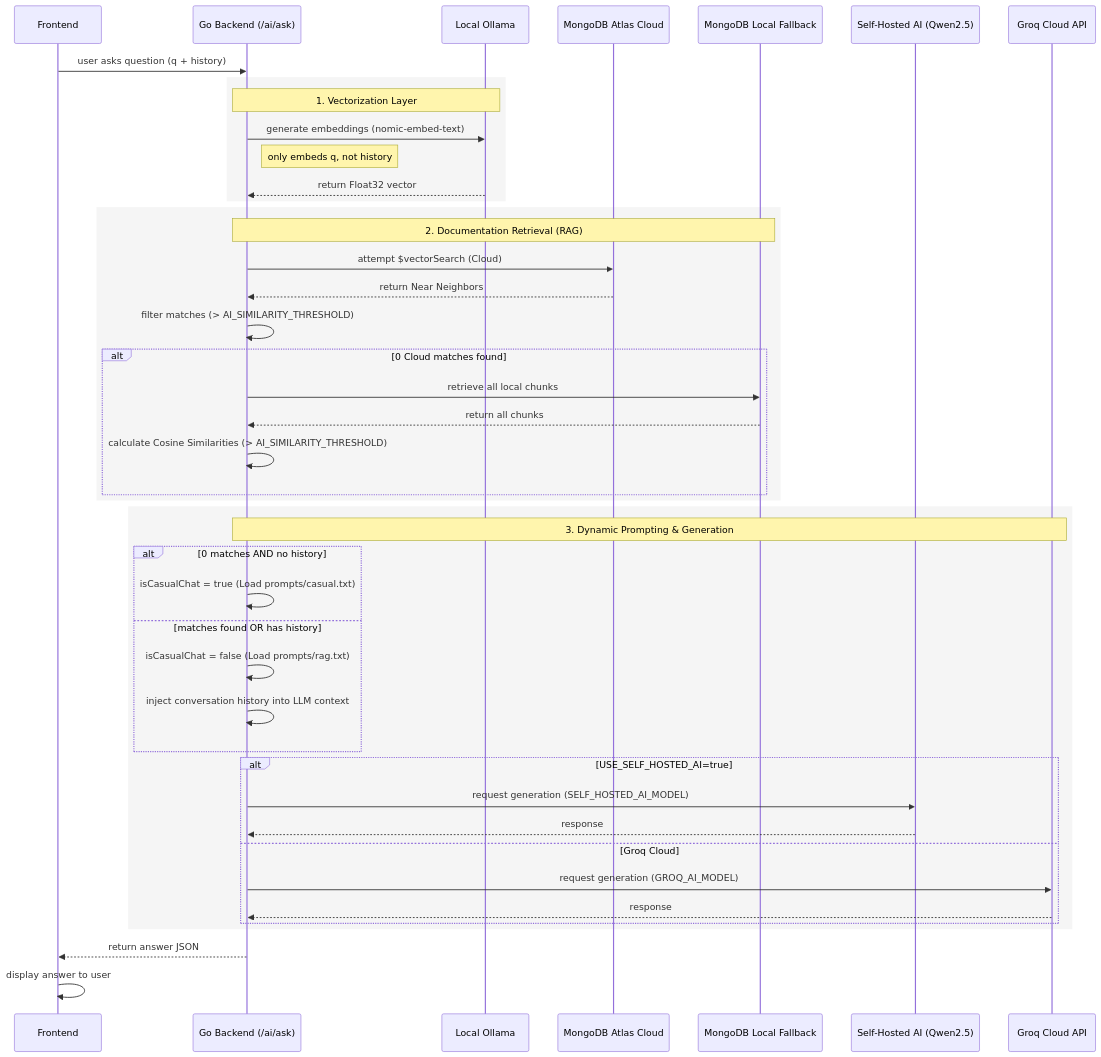
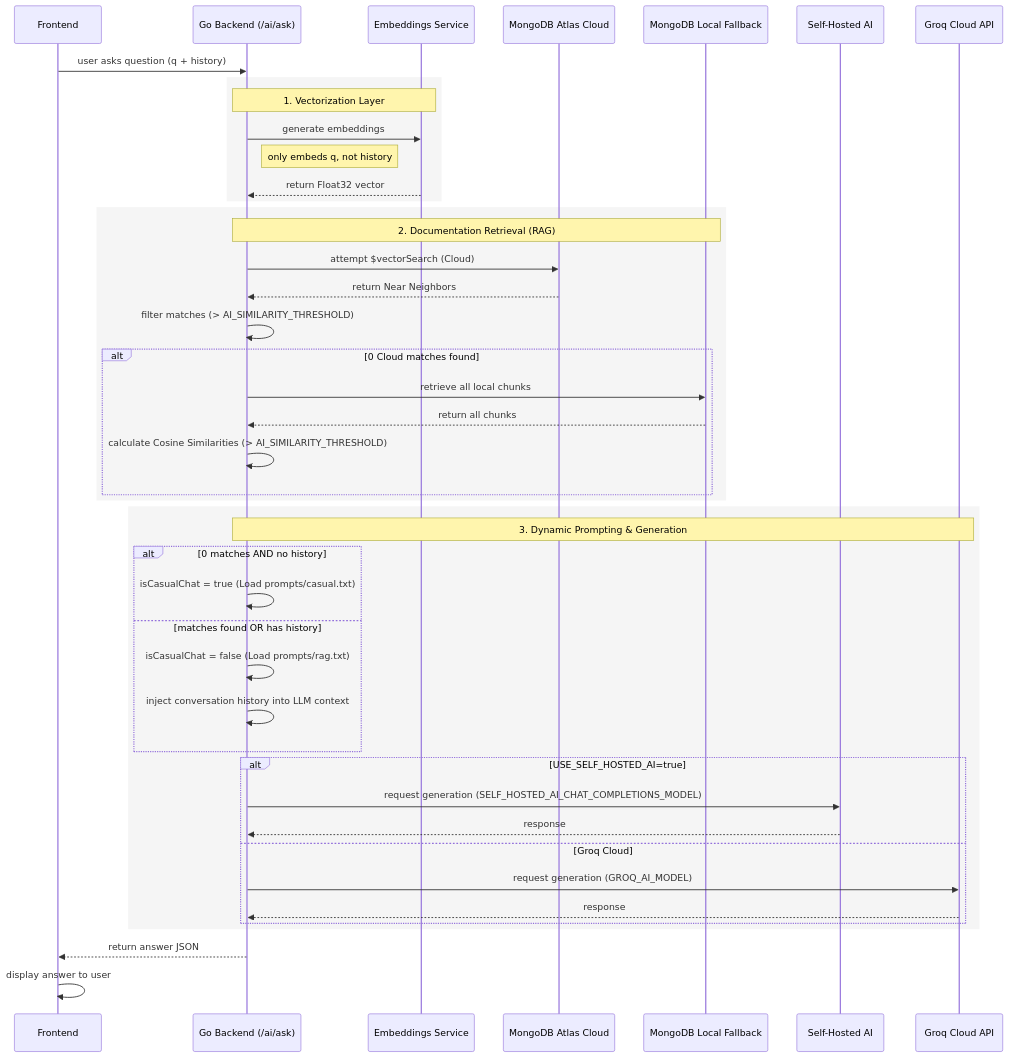
Before and after one commit to christinazhangstudio/sealift: the diagram in README.md, drawn with Mermaid. The commit also changed other lines of this file and 5 other files, not shown here.

````diff
--- a/README.md
+++ b/README.md
@@ -107,54 +104,54 @@
 ```mermaid
 sequenceDiagram
     participant Frontend as Frontend
     participant Backend as Go Backend (/ai/ask)
-    participant Ollama as Local Ollama
+    participant Embeddings as Embeddings Service
     participant Atlas as MongoDB Atlas Cloud
     participant LocalDB as MongoDB Local Fallback
-    participant SelfHosted as Self-Hosted AI (Qwen2.5)
+    participant SelfHosted as Self-Hosted AI
     participant Groq as Groq Cloud API
 
     Frontend->>Backend: user asks question (q + history)
     
     rect rgba(128,128,128,0.08)
-        Note over Backend,Ollama: 1. Vectorization Layer
-        Backend->>Ollama: generate embeddings (nomic-embed-text)
+        Note over Backend,Embeddings: 1. Vectorization Layer
+        Backend->>Embeddings: generate embeddings
         Note right of Backend: only embeds q, not history
-        Ollama-->>Backend: return Float32 vector
+        Embeddings-->>Backend: return Float32 vector
     end
 
     rect rgba(128,128,128,0.08)
         Note over Backend,LocalDB: 2. Documentation Retrieval (RAG)
         Backend->>Atlas: attempt $vectorSearch (Cloud)
         Atlas-->>Backend: return Near Neighbors
         Backend->>Backend: filter matches (> AI_SIMILARITY_THRESHOLD)
         
         alt 0 Cloud matches found
             Backend->>LocalDB: retrieve all local chunks
             LocalDB-->>Backend: return all chunks
             Backend->>Backend: calculate Cosine Similarities (> AI_SIMILARITY_THRESHOLD)
         end
     end
 
     rect rgba(128,128,128,0.08)
         Note over Backend,Groq: 3. Dynamic Prompting & Generation
         
         alt 0 matches AND no history
             Backend->>Backend: isCasualChat = true (Load prompts/casual.txt)
         else matches found OR has history
             Backend->>Backend: isCasualChat = false (Load prompts/rag.txt)
             Backend->>Backend: inject conversation history into LLM context
         end
 
         alt USE_SELF_HOSTED_AI=true
-            Backend->>SelfHosted: request generation (SELF_HOSTED_AI_MODEL)
+            Backend->>SelfHosted: request generation (SELF_HOSTED_AI_CHAT_COMPLETIONS_MODEL)
             SelfHosted-->>Backend: response
         else Groq Cloud
             Backend->>Groq: request generation (GROQ_AI_MODEL)
             Groq-->>Backend: response
         end
     end
 
     Backend-->>Frontend: return answer JSON
     Frontend->>Frontend: display answer to user
 ```
````
